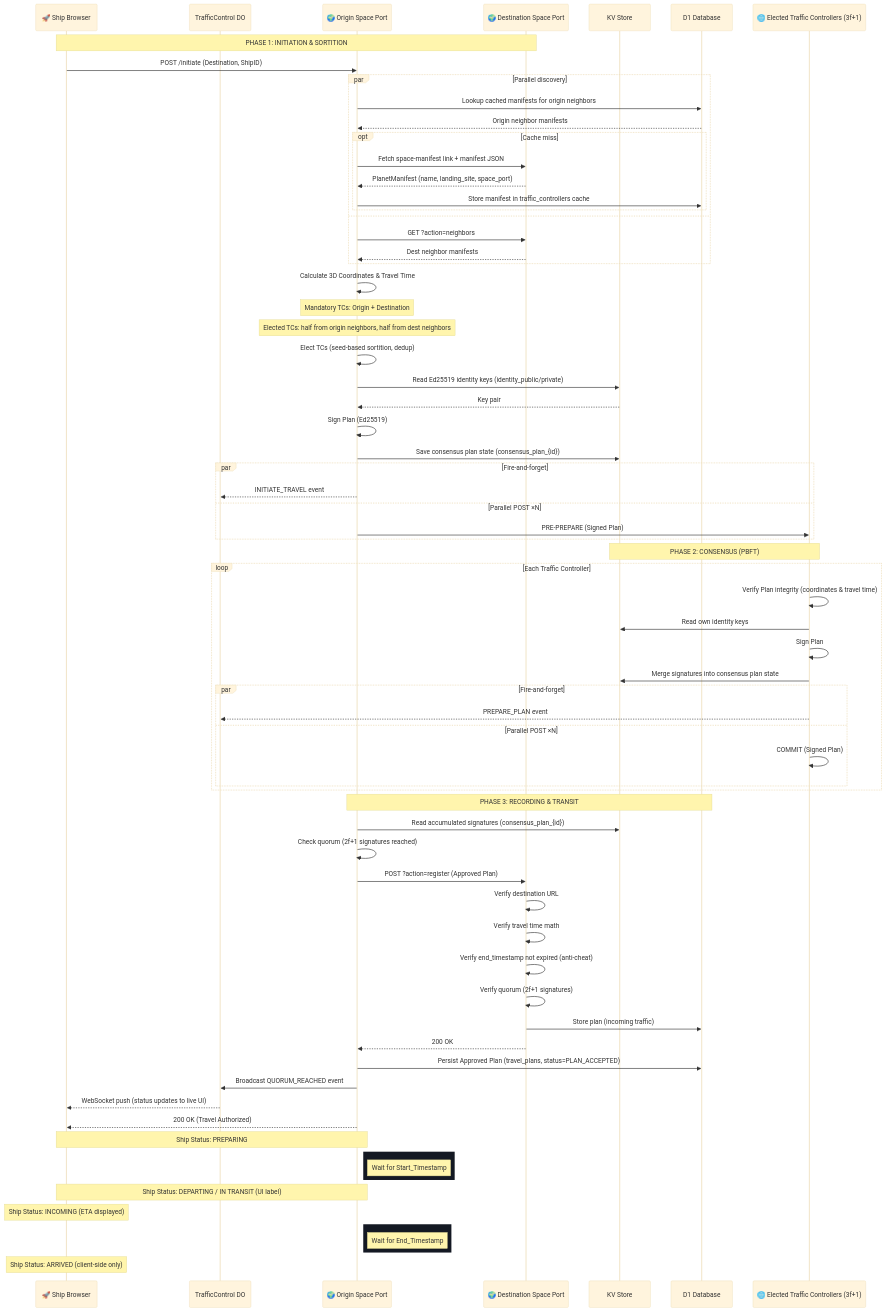
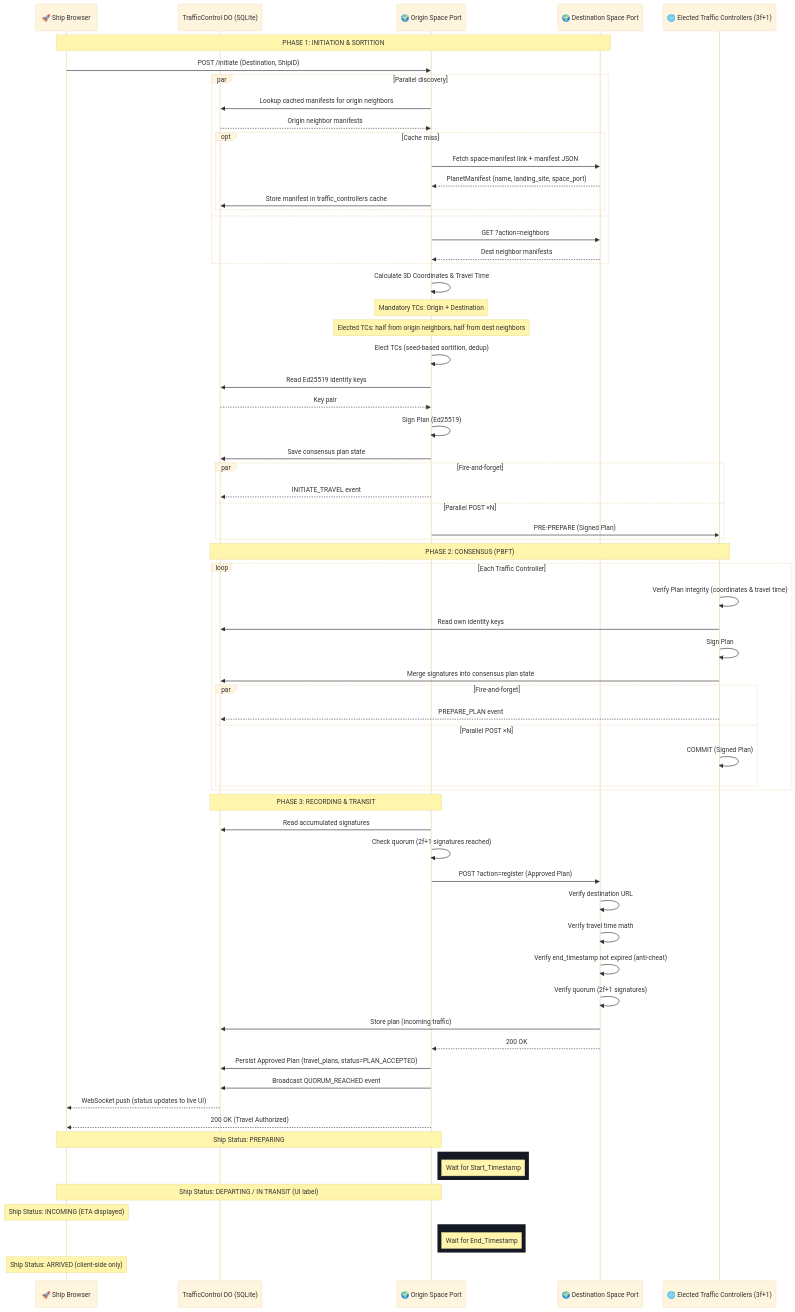
One commit to Federated-Planets/planet changed the first of 4 diagrams in PROTOCOL_DIAGRAMS.md. Above: the diagram before and after it, drawn with Mermaid (base theme). The commit also changed other lines of this file and 3 other files, not shown here.

````diff
--- a/PROTOCOL_DIAGRAMS.md
+++ b/PROTOCOL_DIAGRAMS.md
@@ -5,81 +5,79 @@
 ```mermaid
 sequenceDiagram
     participant Traveler as 🚀 Ship Browser
-    participant DO as TrafficControl DO
+    participant DO as TrafficControl DO (SQLite)
     participant Origin as 🌍 Origin Space Port
     participant Dest as 🌍 Destination Space Port
-    participant KV as KV Store
-    participant D1 as D1 Database
     participant TCs as 🌐 Elected Traffic Controllers (3f+1)
 
     Note over Traveler, Dest: PHASE 1: INITIATION & SORTITION
     Traveler->>Origin: POST /initiate (Destination, ShipID)
     par Parallel discovery
-        Origin->>D1: Lookup cached manifests for origin neighbors
-        D1-->>Origin: Origin neighbor manifests
+        Origin->>DO: Lookup cached manifests for origin neighbors
+        DO-->>Origin: Origin neighbor manifests
         opt Cache miss
             Origin->>Dest: Fetch space-manifest link + manifest JSON
             Dest-->>Origin: PlanetManifest (name, landing_site, space_port)
-            Origin->>D1: Store manifest in traffic_controllers cache
+            Origin->>DO: Store manifest in traffic_controllers cache
         end
     and
         Origin->>Dest: GET ?action=neighbors
         Dest-->>Origin: Dest neighbor manifests
     end
     Origin->>Origin: Calculate 3D Coordinates & Travel Time
     Note over Origin: Mandatory TCs: Origin + Destination
     Note over Origin: Elected TCs: half from origin neighbors, half from dest neighbors
     Origin->>Origin: Elect TCs (seed-based sortition, dedup)
-    Origin->>KV: Read Ed25519 identity keys (identity_public/private)
-    KV-->>Origin: Key pair
+    Origin->>DO: Read Ed25519 identity keys
+    DO-->>Origin: Key pair
     Origin->>Origin: Sign Plan (Ed25519)
-    Origin->>KV: Save consensus plan state (consensus_plan_{id})
+    Origin->>DO: Save consensus plan state
     par Fire-and-forget
         Origin-->>DO: INITIATE_TRAVEL event
     and Parallel POST ×N
         Origin->>TCs: PRE-PREPARE (Signed Plan)
     end
 
-    Note over TCs, KV: PHASE 2: CONSENSUS (PBFT)
+    Note over TCs, DO: PHASE 2: CONSENSUS (PBFT)
     loop Each Traffic Controller
         TCs->>TCs: Verify Plan integrity (coordinates & travel time)
-        TCs->>KV: Read own identity keys
+        TCs->>DO: Read own identity keys
         TCs->>TCs: Sign Plan
-        TCs->>KV: Merge signatures into consensus plan state
+        TCs->>DO: Merge signatures into consensus plan state
         par Fire-and-forget
             TCs-->>DO: PREPARE_PLAN event
         and Parallel POST ×N
             TCs->>TCs: COMMIT (Signed Plan)
         end
     end
 
-    Note over Origin, D1: PHASE 3: RECORDING & TRANSIT
-    Origin->>KV: Read accumulated signatures (consensus_plan_{id})
+    Note over Origin, DO: PHASE 3: RECORDING & TRANSIT
+    Origin->>DO: Read accumulated signatures
     Origin->>Origin: Check quorum (2f+1 signatures reached)
     Origin->>Dest: POST ?action=register (Approved Plan)
     Dest->>Dest: Verify destination URL
     Dest->>Dest: Verify travel time math
     Dest->>Dest: Verify end_timestamp not expired (anti-cheat)
     Dest->>Dest: Verify quorum (2f+1 signatures)
-    Dest->>D1: Store plan (incoming traffic)
+    Dest->>DO: Store plan (incoming traffic)
     Dest-->>Origin: 200 OK
-    Origin->>D1: Persist Approved Plan (travel_plans, status=PLAN_ACCEPTED)
+    Origin->>DO: Persist Approved Plan (travel_plans, status=PLAN_ACCEPTED)
     Origin->>DO: Broadcast QUORUM_REACHED event
     DO-->>Traveler: WebSocket push (status updates to live UI)
     Origin-->>Traveler: 200 OK (Travel Authorized)
 
     Note over Origin, Traveler: Ship Status: PREPARING
 
     rect rgb(20, 25, 35)
         Note right of Origin: Wait for Start_Timestamp
     end
 
     Note over Origin, Traveler: Ship Status: DEPARTING / IN TRANSIT (UI label)
     Note over Traveler: Ship Status: INCOMING (ETA displayed)
 
     rect rgb(20, 25, 35)
         Note right of Origin: Wait for End_Timestamp
     end
 
     Note over Traveler: Ship Status: ARRIVED (client-side only)
 ```
````
